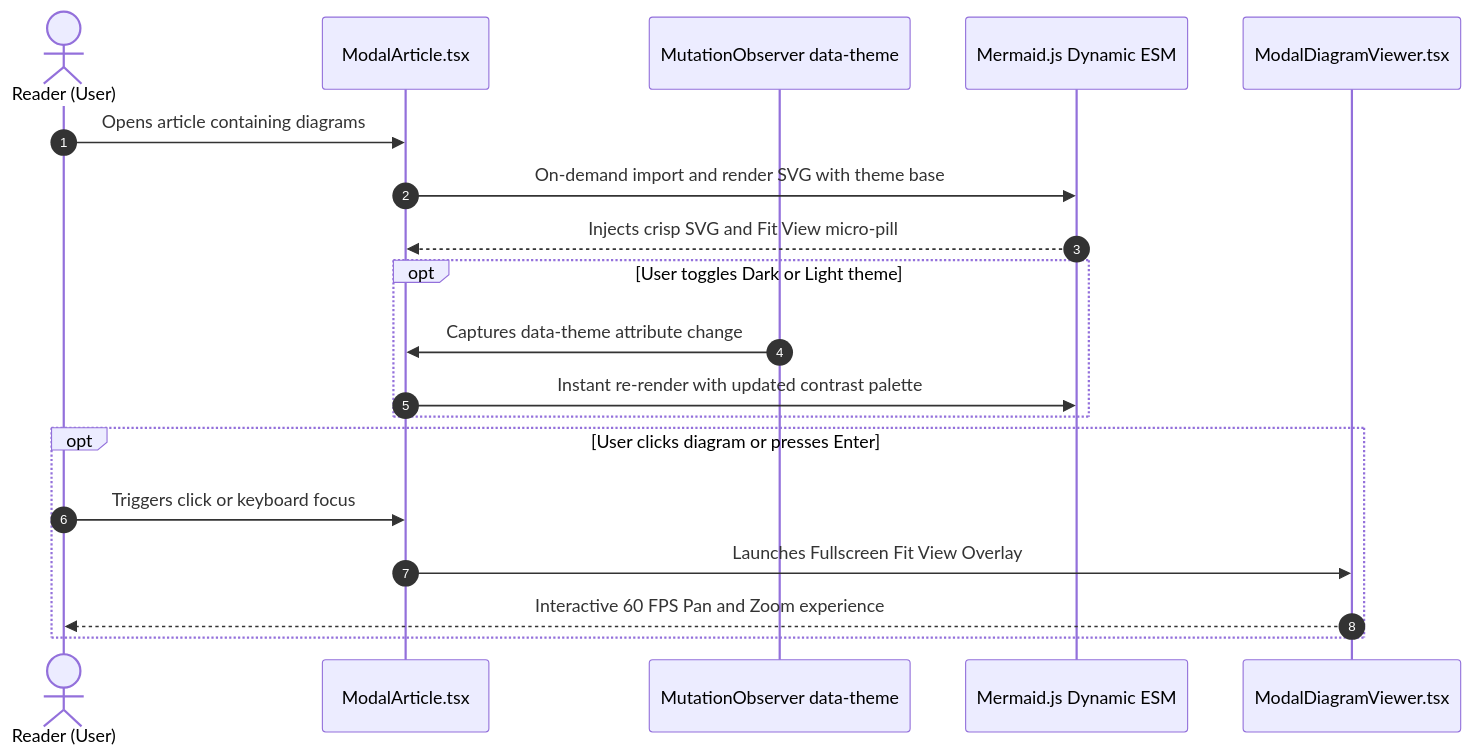
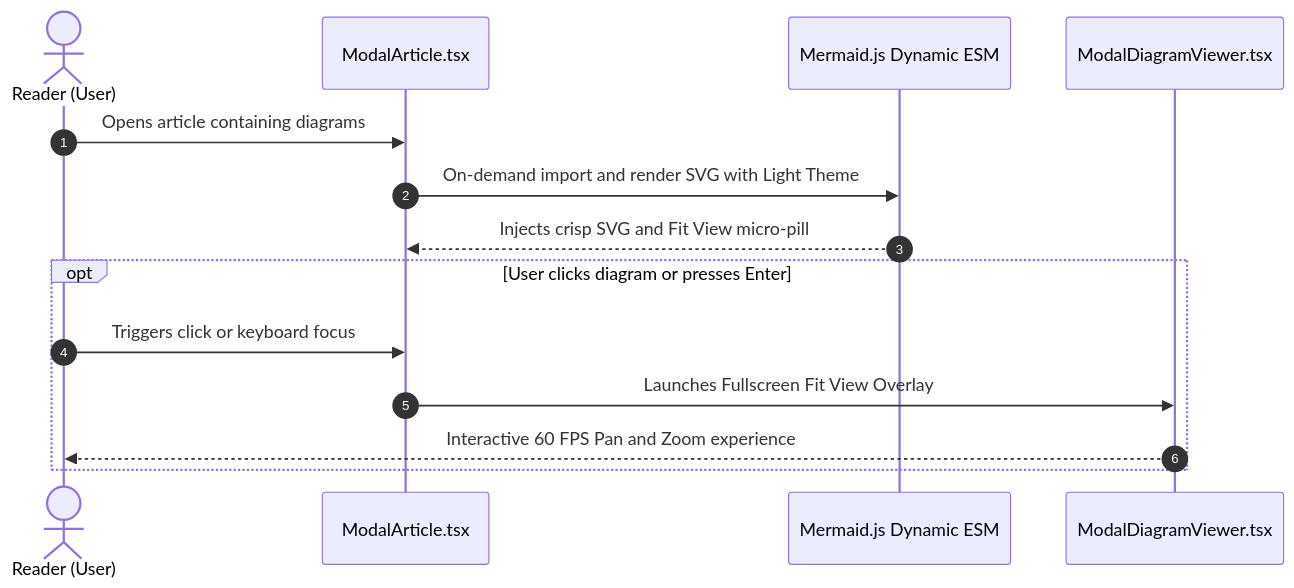
One commit to ga2631/ga2631.github.io changed the diagram in src/data/blog/en/2026-09-10-22-optimizing-mermaid-frontend-ui-theme-viewport-responsive.md. Above: the diagram before and after it, drawn with Mermaid. The commit also changed other lines of this file and 95 other files, not shown here.

````diff
--- a/src/data/blog/en/2026-09-10-22-optimizing-mermaid-frontend-ui-theme-viewport-responsive.md
+++ b/src/data/blog/en/2026-09-10-22-optimizing-mermaid-frontend-ui-theme-viewport-responsive.md
@@ -52,22 +52,17 @@
 ```mermaid
 sequenceDiagram
     autonumber
     actor Reader as Reader (User)
     participant Article as ModalArticle.tsx
-    participant ThemeObs as MutationObserver data-theme
     participant MermaidEngine as Mermaid.js Dynamic ESM
     participant Viewer as ModalDiagramViewer.tsx
 
     Reader->>Article: Opens article containing diagrams
-    Article->>MermaidEngine: On-demand import and render SVG with theme base
+    Article->>MermaidEngine: On-demand import and render SVG with Light Theme
     MermaidEngine-->>Article: Injects crisp SVG and Fit View micro-pill
-    opt User toggles Dark or Light theme
-        ThemeObs->>Article: Captures data-theme attribute change
-        Article->>MermaidEngine: Instant re-render with updated contrast palette
-    end
     opt User clicks diagram or presses Enter
         Reader->>Article: Triggers click or keyboard focus
         Article->>Viewer: Launches Fullscreen Fit View Overlay
         Viewer-->>Reader: Interactive 60 FPS Pan and Zoom experience
     end
 ```
````
